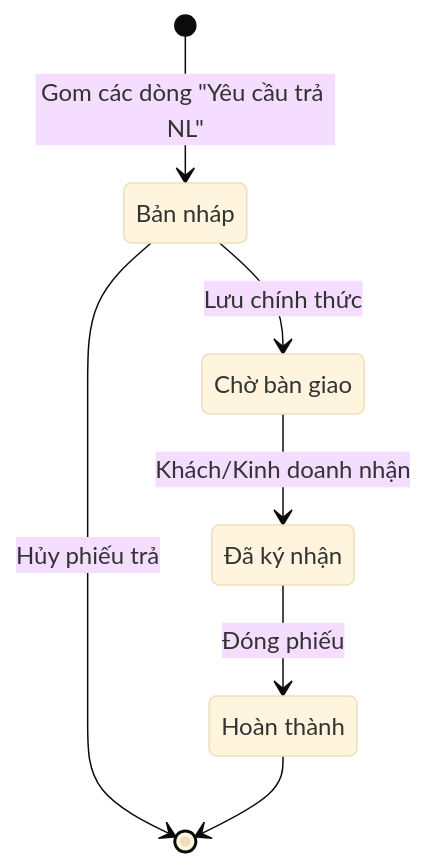
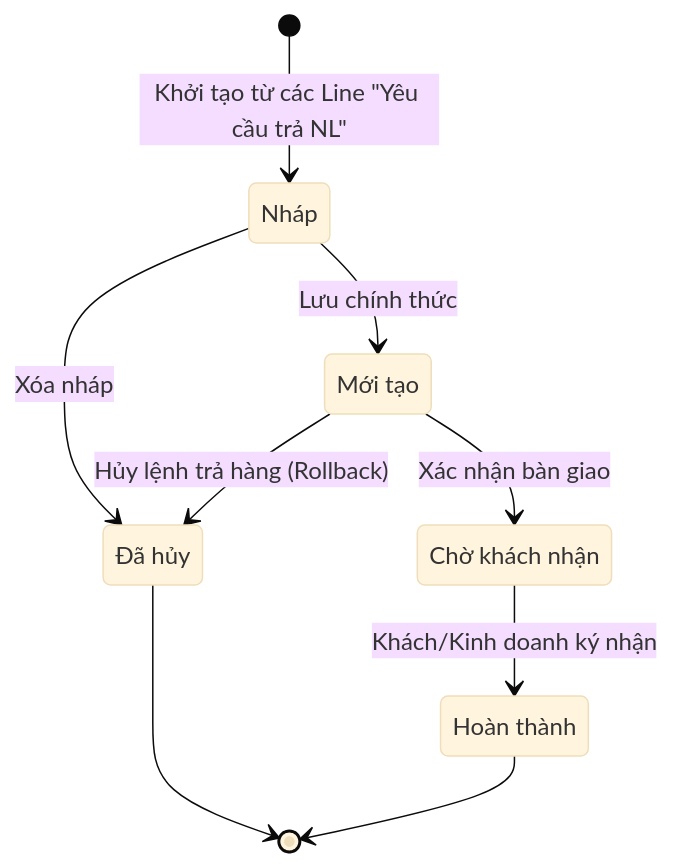
Before and after one commit to pby1905/BA_KSNL: the third of 3 diagrams in 02_Projects/01_Jewelry_ERP/modules/m01-Kiem_Soat_Nguyen_Lieu/user_stories/receipt_state_diagrams.md, drawn with Mermaid (base theme).

````diff
--- a/02_Projects/01_Jewelry_ERP/modules/m01-Kiem_Soat_Nguyen_Lieu/user_stories/receipt_state_diagrams.md
+++ b/02_Projects/01_Jewelry_ERP/modules/m01-Kiem_Soat_Nguyen_Lieu/user_stories/receipt_state_diagrams.md
@@ -88,18 +88,17 @@
 ```mermaid
 stateDiagram-v2
-    Ban_nhap: Bản nháp
-    Cho_bàn_giao: Chờ bàn giao
-    Da_ky_nhan: Đã ký nhận
-    Hoan_thanh: Hoàn thành
+    Nhap_R: Nháp
+    Moi_tao_R: Mới tạo
+    Cho_khach_nhan_R: Chờ khách nhận
+    Hoan_thanh_R: Hoàn thành
+    Da_huy_R: Đã hủy
 
-    [*] --> Ban_nhap : Gom các dòng "Yêu cầu trả NL"
-    
-    Ban_nhap --> [*] : Hủy phiếu trả
-    
-    Ban_nhap --> Cho_bàn_giao : Lưu chính thức
-    
-    Cho_bàn_giao --> Da_ky_nhan : Khách/Kinh doanh nhận
-    
-    Da_ky_nhan --> Hoan_thanh : Đóng phiếu
-    Hoan_thanh --> [*]
+    [*] --> Nhap_R : Khởi tạo từ các Line "Yêu cầu trả NL"
+    Nhap_R --> Da_huy_R : Xóa nháp
+    Nhap_R --> Moi_tao_R : Lưu chính thức
+    Moi_tao_R --> Da_huy_R : Hủy lệnh trả hàng (Rollback)
+    Moi_tao_R --> Cho_khach_nhan_R : Xác nhận bàn giao
+    Cho_khach_nhan_R --> Hoan_thanh_R : Khách/Kinh doanh ký nhận
+    Hoan_thanh_R --> [*]
+    Da_huy_R --> [*]
 ```
````
